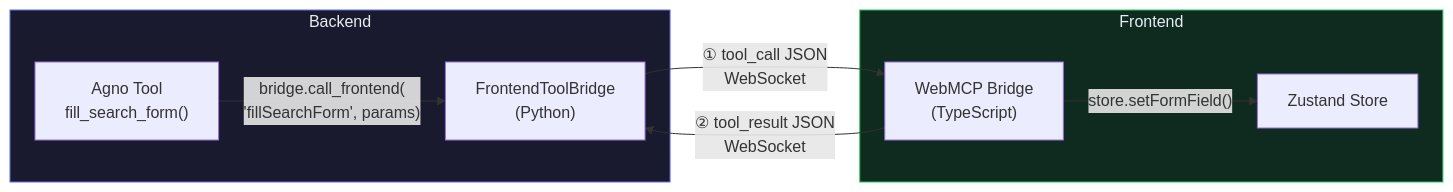
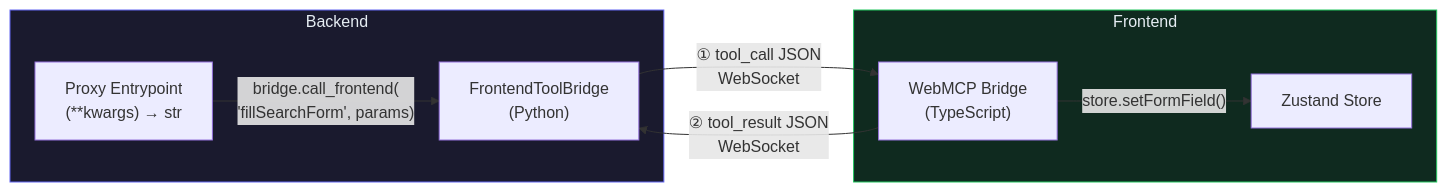
One commit to ozkangu/webmcp-agent changed the fifth of 7 diagrams in ARCHITECTURE.md. Above: the diagram before and after it, drawn with Mermaid. The commit also changed other lines of this file and 12 other files, not shown here.

Commit message:
feat: Implement dynamic tool registration by creating tools from a frontend manifest using a new `tool_factory`.

````diff
--- a/ARCHITECTURE.md
+++ b/ARCHITECTURE.md
@@ -250,20 +343,20 @@
 ```mermaid
 graph LR
     subgraph Backend
-        Tool["Agno Tool<br/>fill_search_form()"]
+        Proxy["Proxy Entrypoint<br/>(**kwargs) → str"]
         BPy["FrontendToolBridge<br/>(Python)"]
-        Tool -->|"bridge.call_frontend(<br/>'fillSearchForm', params)"| BPy
+        Proxy -->|"bridge.call_frontend(<br/>'fillSearchForm', params)"| BPy
     end
 
     subgraph Frontend
         BTs["WebMCP Bridge<br/>(TypeScript)"]
         Store["Zustand Store"]
         BTs -->|"store.setFormField()"| Store
     end
 
     BPy -->|"① tool_call JSON<br/>WebSocket"| BTs
     BTs -->|"② tool_result JSON<br/>WebSocket"| BPy
 
     style Backend fill:#1a1a2e,stroke:#6366f1,color:#e6edf3
     style Frontend fill:#0f2a1f,stroke:#22c55e,color:#e6edf3
 ```
````
